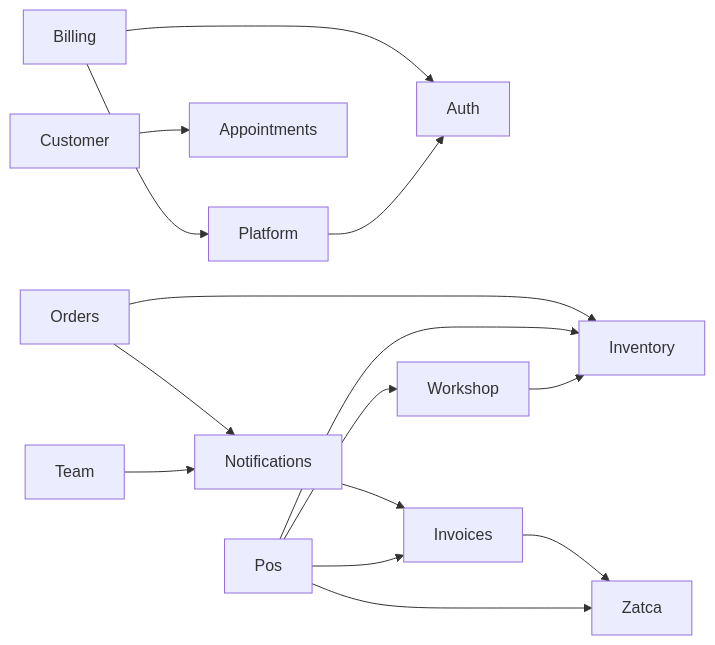
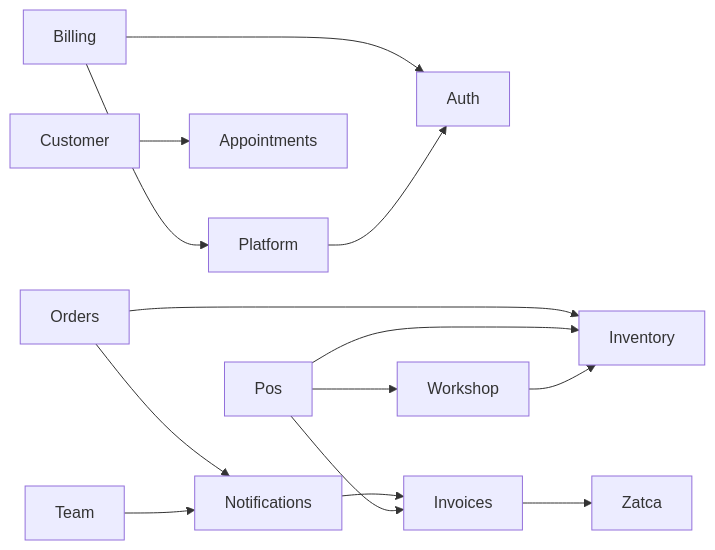
One commit to HMATorg/TailorERP changed the diagram in docs/MEMORY-GRAPH.md. Above: the diagram before and after it, drawn with Mermaid. The commit also changed other lines of this file and 2 other files, not shown here.

````diff
--- a/docs/MEMORY-GRAPH.md
+++ b/docs/MEMORY-GRAPH.md
@@ -21,17 +23,16 @@
 ```mermaid
 graph LR
   Billing --> Auth
   Billing --> Platform
   Customer --> Appointments
   Invoices --> Zatca
   Notifications --> Invoices
   Orders --> Inventory
   Orders --> Notifications
   Platform --> Auth
   Pos --> Inventory
   Pos --> Invoices
   Pos --> Workshop
-  Pos --> Zatca
   Team --> Notifications
   Workshop --> Inventory
 ```
````
